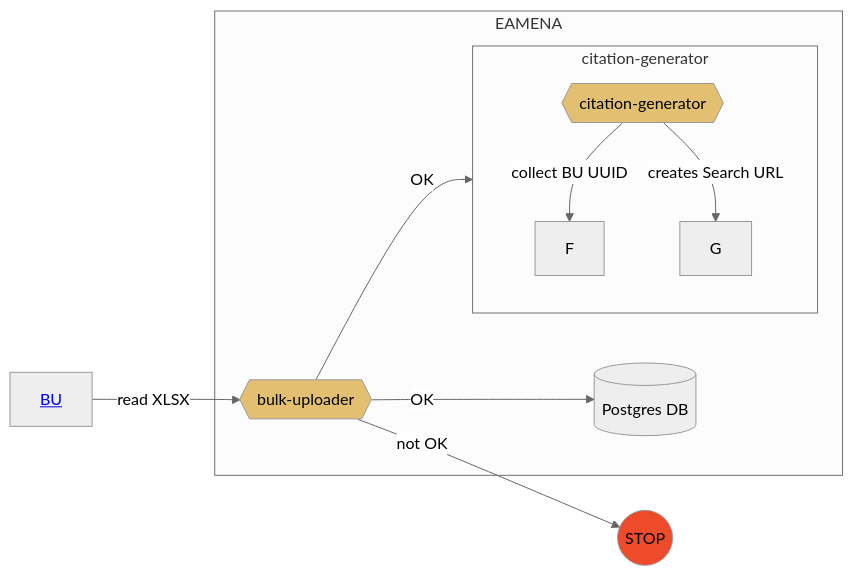
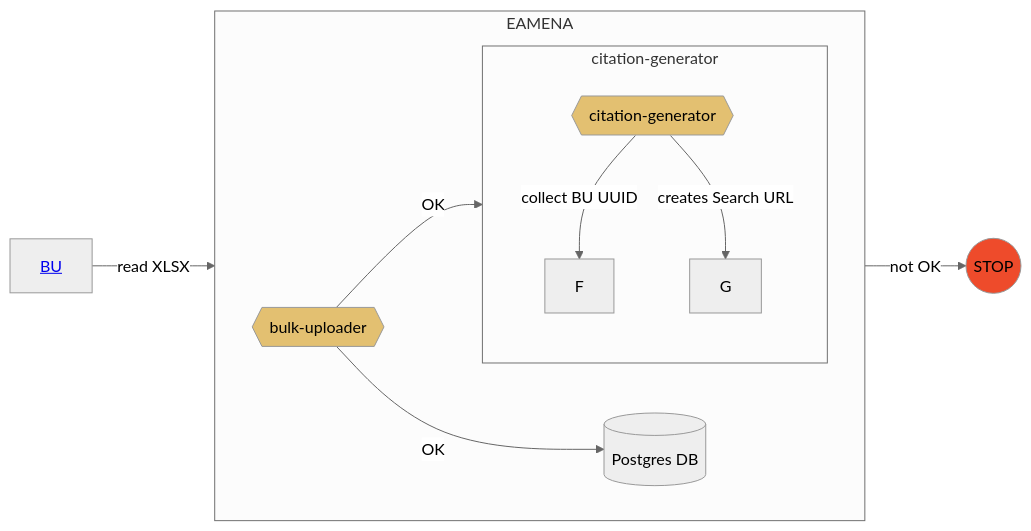
One commit to eamena-project/eamena-arches-dev changed the diagram in data/bibref/README.md. Above: the diagram before and after it, drawn with Mermaid (neutral theme).

Commit message:
citation README

````diff
--- a/data/bibref/README.md
+++ b/data/bibref/README.md
@@ -11,16 +11,17 @@
 ```mermaid
 flowchart LR
 	A[<a href='https://github.com/eamena-project/eamena-arches-dev/blob/main/dbs/database.eamena/docs/notes/Arches%207%20Upgrade.md#splitchunk'>BU</a>] --read XLSX--> B{{bulk-uploader}}:::eamenaFunc;
 	subgraph EAMENA
+	direction LR
 	B -- OK --> C[(Postgres DB)];
 	B -- OK --> E{{citation-generator}}:::eamenaFunc;
 		subgraph citation-generator
 		direction TB
 		E -- collect BU UUID --> F;
 		E -- creates Search URL --> G;
 		end
 	end
 	B -- not OK --> D((STOP)):::stop;
 	classDef eamenaFunc fill:#e3c071;
 	classDef stop fill:#EE4B2B;
 ```
````
